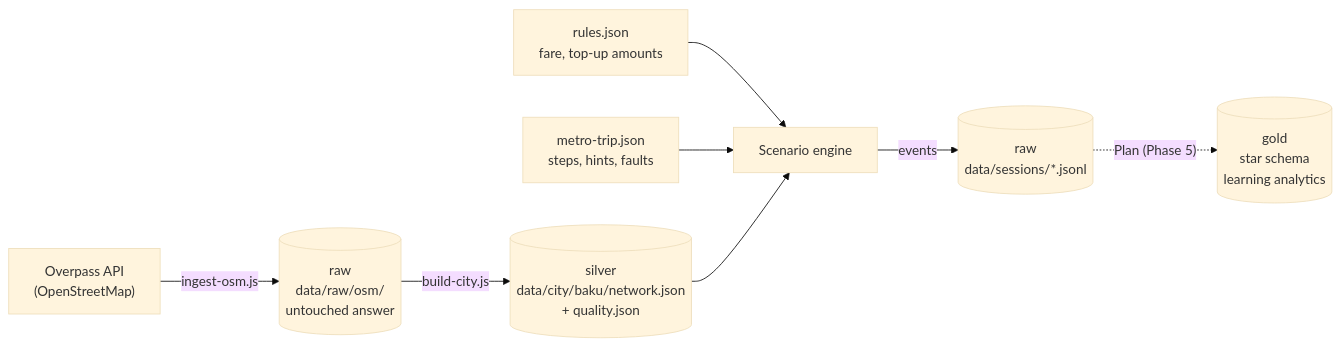
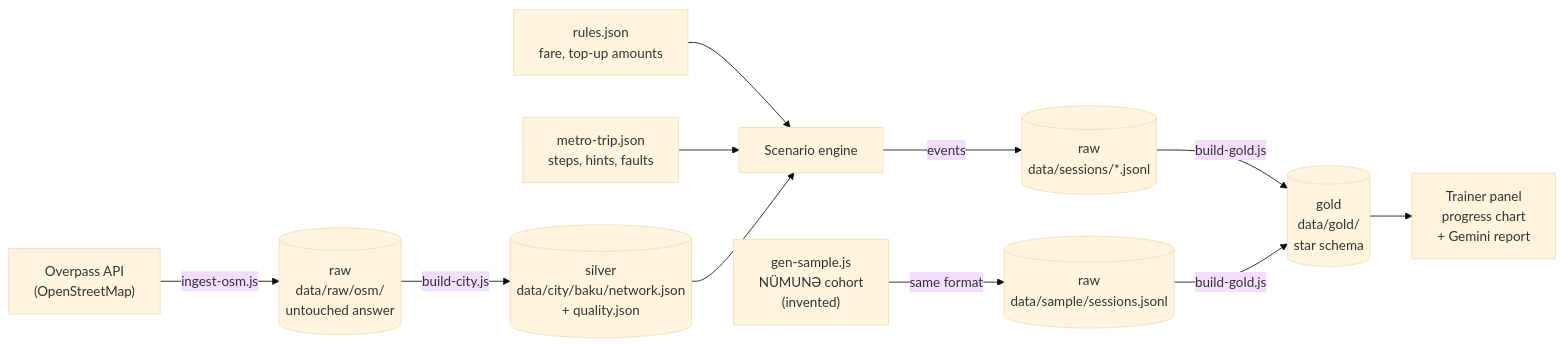
One commit to metinmehdi/Artemis-UMATE changed the second of 3 diagrams in README.md. Above: the diagram before and after it, drawn with Mermaid (base theme). The commit also changed other lines of this file and 1 other file, not shown here.

First line of the commit message:
docs: README covers the gold layer, readiness rule, trainer report and the new panel

````diff
--- a/README.md
+++ b/README.md
@@ -106,10 +106,13 @@
 ```mermaid
 flowchart LR
     API["Overpass API<br/>(OpenStreetMap)"] -->|ingest-osm.js| RAW[("raw<br/>data/raw/osm/<br/>untouched answer")]
     RAW -->|build-city.js| SILVER[("silver<br/>data/city/baku/network.json<br/>+ quality.json")]
     RULES["rules.json<br/>fare, top-up amounts"] --> ENG
     SCEN["metro-trip.json<br/>steps, hints, faults"] --> ENG
     SILVER --> ENG["Scenario engine"]
     ENG -->|events| SES[("raw<br/>data/sessions/*.jsonl")]
-    SES -.->|"Plan (Phase 5)"| GOLD[("gold<br/>star schema<br/>learning analytics")]
+    GEN["gen-sample.js<br/>NÜMUNƏ cohort<br/>(invented)"] -->|same format| SAMPLE[("raw<br/>data/sample/sessions.jsonl")]
+    SES -->|build-gold.js| GOLD[("gold<br/>data/gold/<br/>star schema")]
+    SAMPLE -->|build-gold.js| GOLD
+    GOLD --> PANEL["Trainer panel<br/>progress chart<br/>+ Gemini report"]
 ```
````
